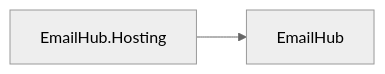
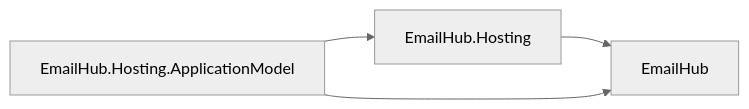
Diagram 14 of 27 in docs/DEPENDENCIES.md (assimalign/cohesion), drawn with Mermaid (neutral theme) before and after one commit. The commit also changed other lines of this file and 454 other files, not shown here.

First line of the commit message:
feat(resources): give every resource area a Hosting.ApplicationModel integration

````diff
--- a/docs/DEPENDENCIES.md
+++ b/docs/DEPENDENCIES.md
@@ -684,6 +691,9 @@
 ```mermaid
 flowchart LR
     N0["EmailHub"]
     N1["EmailHub.Hosting"]
+    N2["EmailHub.Hosting.ApplicationModel"]
     N1 --> N0
+    N2 --> N0
+    N2 --> N1
 ```
````
